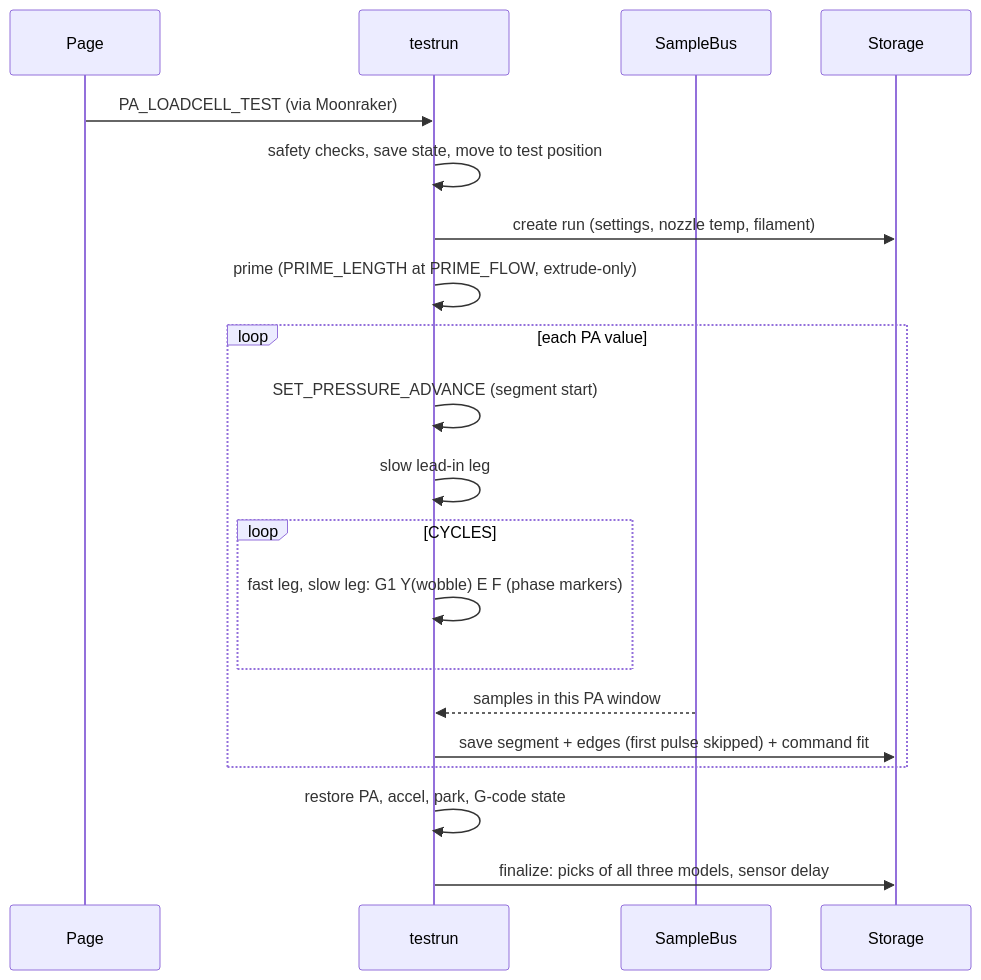
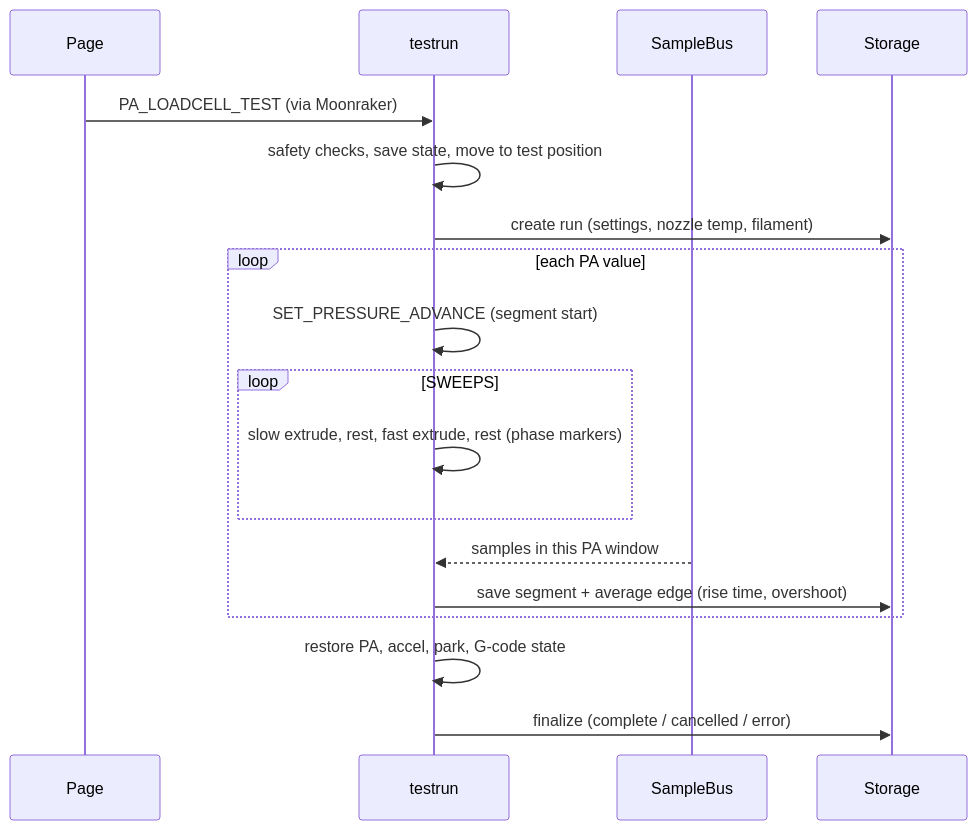
One commit to VcikeyTheCoder/piro-air-pa-calibrator changed the second of 2 diagrams in README.md. Above: the diagram before and after it, drawn with Mermaid. The commit also changed other lines of this file and 10 other files, not shown here.

````diff
--- a/README.md
+++ b/README.md
@@ -230,22 +143,20 @@
 ```mermaid
 sequenceDiagram
   participant U as Page
   participant T as testrun
   participant B as SampleBus
   participant S as Storage
   U->>T: PA_LOADCELL_TEST (via Moonraker)
   T->>T: safety checks, save state, move to test position
   T->>S: create run (settings, nozzle temp, filament)
-  T->>T: prime (PRIME_LENGTH at PRIME_FLOW, extrude-only)
   loop each PA value
     T->>T: SET_PRESSURE_ADVANCE (segment start)
-    T->>T: slow lead-in leg
-    loop CYCLES
-      T->>T: fast leg, slow leg: G1 Y(wobble) E F (phase markers)
+    loop SWEEPS
+      T->>T: slow extrude, rest, fast extrude, rest (phase markers)
     end
     B-->>T: samples in this PA window
-    T->>S: save segment + edges (first pulse skipped) + command fit
+    T->>S: save segment + average edge (rise time, overshoot)
   end
   T->>T: restore PA, accel, park, G-code state
-  T->>S: finalize: picks of all three models, sensor delay
+  T->>S: finalize (complete / cancelled / error)
 ```
````
